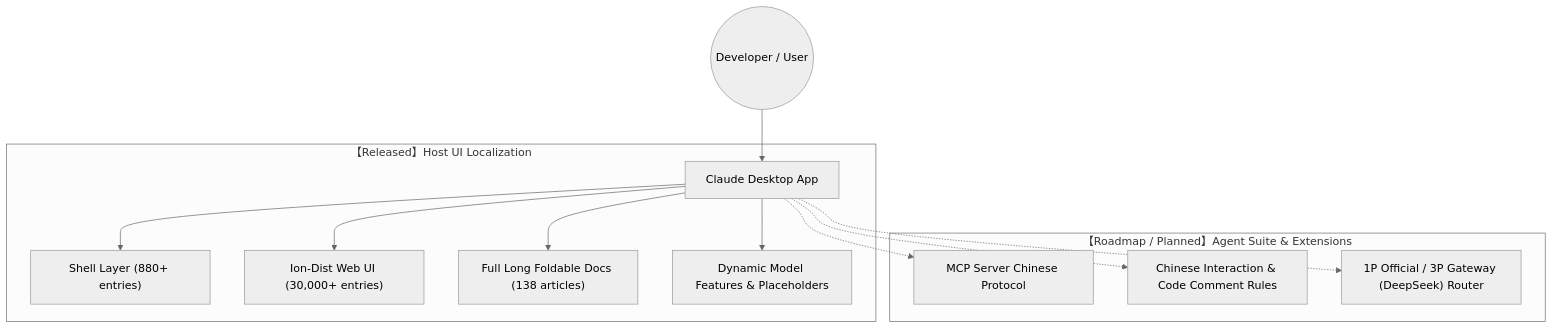
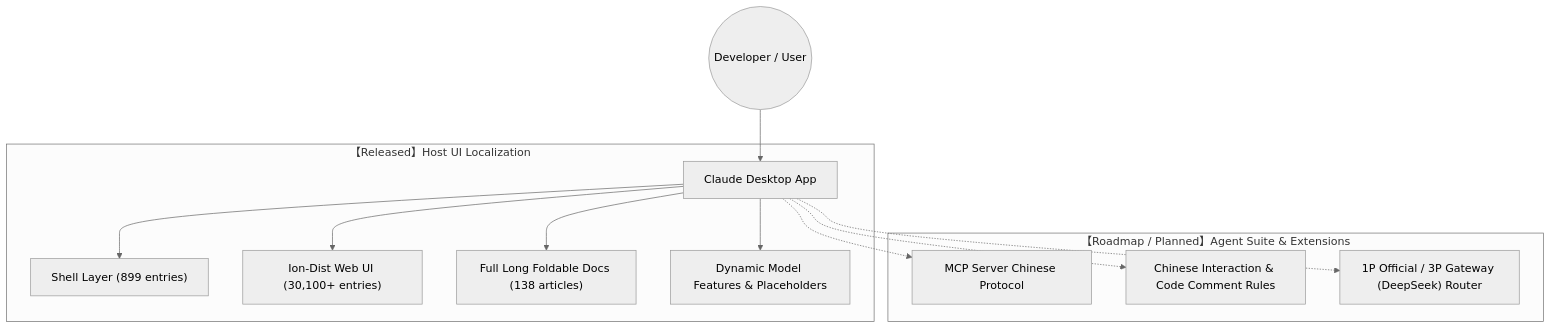
One commit to yiheng8023/claude-chinese changed the first of 2 diagrams in README.en.md. Above: the diagram before and after it, drawn with Mermaid (neutral theme). The commit also changed other lines of this file and 7 other files, not shown here.

Commit message:
release(v1.2.74): adapt to Claude Desktop v2.19675.1.0, sync 899 shell entries & core i18n features

````diff
--- a/README.en.md
+++ b/README.en.md
@@ -42,17 +42,17 @@
 ```mermaid
 graph TD
     User((Developer / User)) --> ClaudeApp[Claude Desktop App]
     
     subgraph Mode1 ["【Released】Host UI Localization"]
-        ClaudeApp --> ShellLayer["Shell Layer (880+ entries)"]
-        ClaudeApp --> WebUILayer["Ion-Dist Web UI (30,000+ entries)"]
+        ClaudeApp --> ShellLayer["Shell Layer (899 entries)"]
+        ClaudeApp --> WebUILayer["Ion-Dist Web UI (30,100+ entries)"]
         ClaudeApp --> LongDocsLayer["Full Long Foldable Docs (138 articles)"]
         ClaudeApp --> DynamicLayer["Dynamic Model Features & Placeholders"]
     end
     
     subgraph Mode2 ["【Roadmap / Planned】Agent Suite & Extensions"]
         ClaudeApp -.-> MCP["MCP Server Chinese Protocol"]
         ClaudeApp -.-> Rules["Chinese Interaction & Code Comment Rules"]
         ClaudeApp -.-> Switcher["1P Official / 3P Gateway (DeepSeek) Router"]
     end
 ```
````
